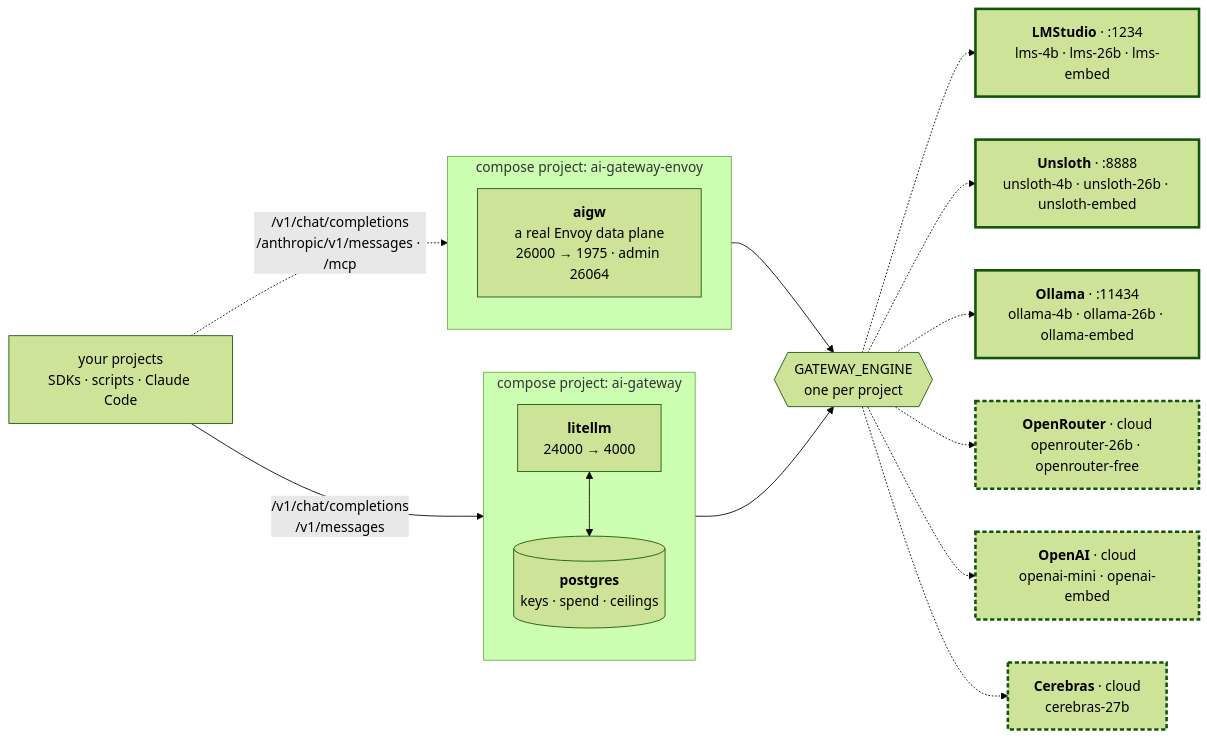
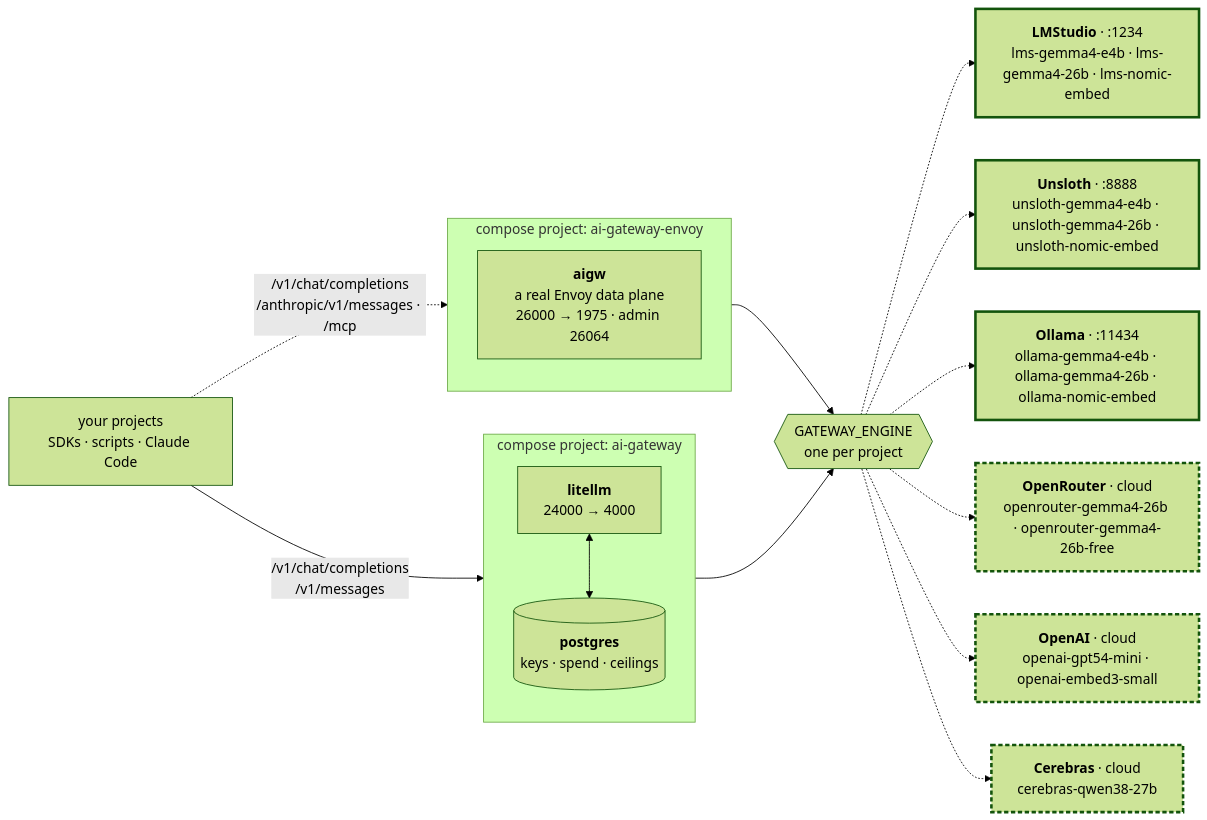
The diagram in README.md (lukaskellerstein/ai-gateway), drawn with Mermaid (forest theme) before and after one commit. The commit also changed other lines of this file and 77 other files, not shown here.

````diff
--- a/README.md
+++ b/README.md
@@ -80,37 +81,37 @@
 ```mermaid
 flowchart LR
     callers["your projects<br/>SDKs · scripts · Claude Code"]
 
     subgraph p1["compose project: ai-gateway"]
         direction TB
         litellm["<b>litellm</b><br/>24000 → 4000"]
         pg1[("<b>postgres</b><br/>keys · spend · ceilings")]
         litellm <--> pg1
     end
 
     subgraph p2["compose project: ai-gateway-envoy"]
         direction TB
         env["<b>aigw</b><br/>a real Envoy data plane<br/>26000 → 1975 · admin 26064"]
     end
 
     engine{{"GATEWAY_ENGINE<br/>one per project"}}
 
-    lms["<b>LMStudio</b> · :1234<br/>lms-4b · lms-26b · lms-embed"]
-    uns["<b>Unsloth</b> · :8888<br/>unsloth-4b · unsloth-26b · unsloth-embed"]
-    oll["<b>Ollama</b> · :11434<br/>ollama-4b · ollama-26b · ollama-embed"]
-    orr["<b>OpenRouter</b> · cloud<br/>openrouter-26b · openrouter-free"]
-    oai["<b>OpenAI</b> · cloud<br/>openai-mini · openai-embed"]
-    cer["<b>Cerebras</b> · cloud<br/>cerebras-27b"]
+    lms["<b>LMStudio</b> · :1234<br/>lms-gemma4-e4b · lms-gemma4-26b · lms-nomic-embed"]
+    uns["<b>Unsloth</b> · :8888<br/>unsloth-gemma4-e4b · unsloth-gemma4-26b · unsloth-nomic-embed"]
+    oll["<b>Ollama</b> · :11434<br/>ollama-gemma4-e4b · ollama-gemma4-26b · ollama-nomic-embed"]
+    orr["<b>OpenRouter</b> · cloud<br/>openrouter-gemma4-26b · openrouter-gemma4-26b-free"]
+    oai["<b>OpenAI</b> · cloud<br/>openai-gpt54-mini · openai-embed3-small"]
+    cer["<b>Cerebras</b> · cloud<br/>cerebras-qwen38-27b"]
 
     callers -->|"/v1/chat/completions<br/>/v1/messages"| litellm
     callers -.->|"/v1/chat/completions<br/>/anthropic/v1/messages · /mcp"| env
     litellm --> engine
     env --> engine
     engine -.-> lms & uns & oll
     engine -.-> orr & oai & cer
 
     classDef onhost stroke-width:3px
     classDef paid stroke-width:3px,stroke-dasharray: 5 3
     class lms,uns,oll onhost
     class orr,oai,cer paid
 ```
````
